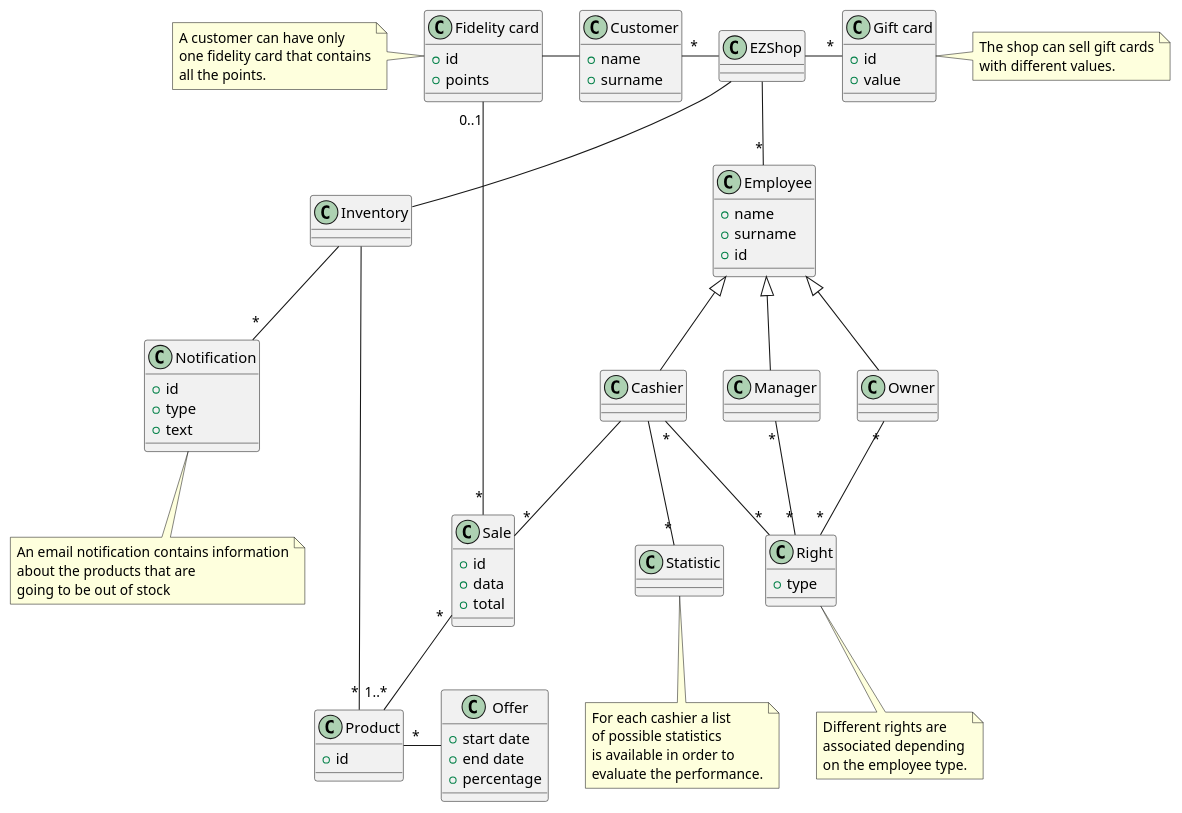
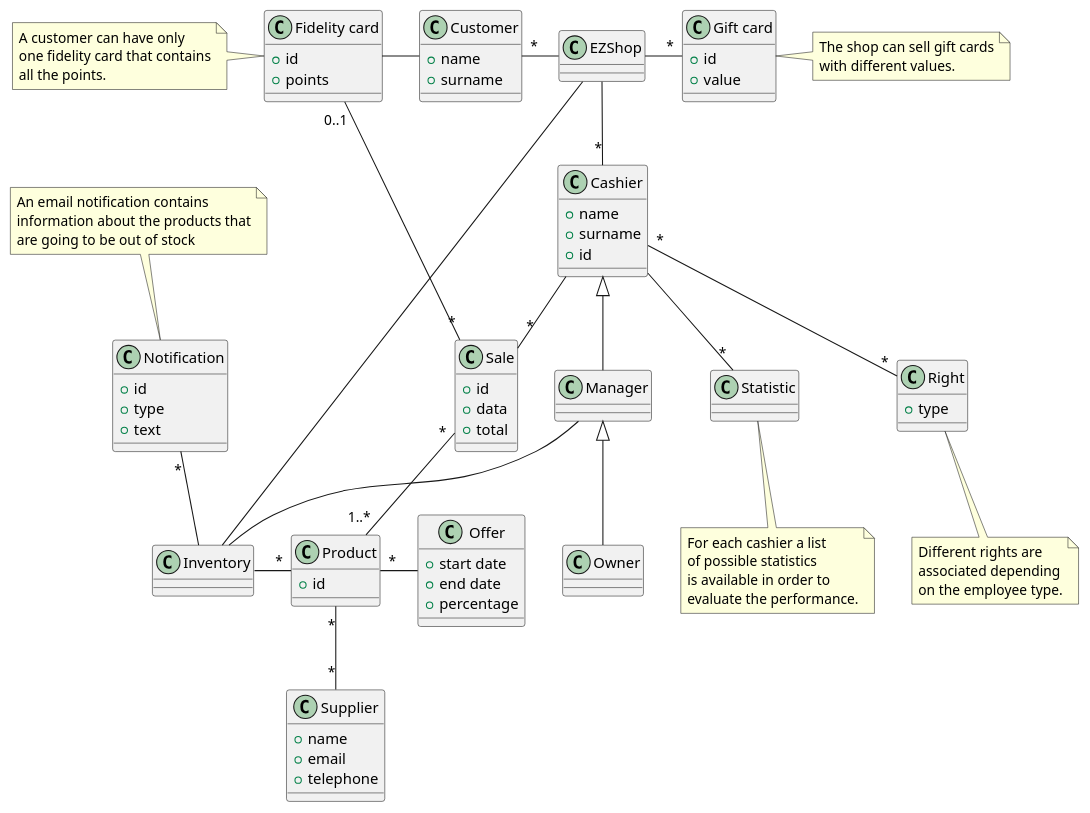
The third of 5 diagrams in Deliverables/RequirementsDocument.md (MatteoBattilana/EzShop), drawn with PlantUML before and after one commit. The commit also changed other lines of this file, not shown here.

````diff
--- a/Deliverables/RequirementsDocument.md
+++ b/Deliverables/RequirementsDocument.md
@@ -414,74 +547,78 @@
 ```plantuml
 @startuml
-class Employee {
+class Cashier {
 	+ name
 	+ surname
 	+ id
 }
 class Right {
 	+ type
 }
 class Offer {
 	+ start date
 	+ end date
 	+ percentage
 }
 class "Product" {
 	+ id
 }
 class Notification {
 	+ id
 	+ type
 	+ text
 }
 class "Gift card" {
 	+ id
 	+ value
 }
 
 class Customer {
 	+ name
 	+ surname
 }
 
 class "Fidelity card" {
 	+ id
 	+ points
 }
 
 class Sale {
 	+ id
 	+ data
 	+ total
 }
 
-EZShop -- "*" Employee
-Cashier -up-|> Employee
-Manager -up-|> Employee
-Owner -up-|> Employee
+class Supplier {
+	+ name
+	+ email
+	+ telephone
+}
+
+EZShop -- "*" Cashier
+Manager -up-|> Cashier
+Owner -up-|> Manager
 Cashier "*"-- "*" Right
-Manager "*"-- "*" Right
-Owner "*" -- "*" Right
 Cashier -down- "*" Statistic
 EZShop -right- "*" "Gift card"
 
 EZShop -- Inventory
-Inventory -- "*" Notification
+Inventory -up- "*" Notification
 Inventory -right- "*" Product
 Product "*" -right- Offer
-
+Supplier "*" -up- "*" Product
 EZShop -left- "*" Customer
 Customer -left- "Fidelity card"
+Manager -- Inventory
 
 Cashier -- "*" Sale
 Sale "*" -- "1..*" Product
 "Fidelity card" "0..1" -- "*" Sale
 
 note left of "Fidelity card" : A customer can have only\none fidelity card that contains\nall the points.
 note right of "Gift card" : The shop can sell gift cards\nwith different values.
-note bottom of Notification : An email notification contains information\nabout the products that are\ngoing to be out of stock
+note top of Notification : An email notification contains \ninformation about the products that\nare going to be out of stock
 note bottom of Right : Different rights are\nassociated depending\non the employee type.
 note bottom of Statistic : For each cashier a list\nof possible statistics\nis available in order to\nevaluate the performance.
 
 @enduml
 ```
````
